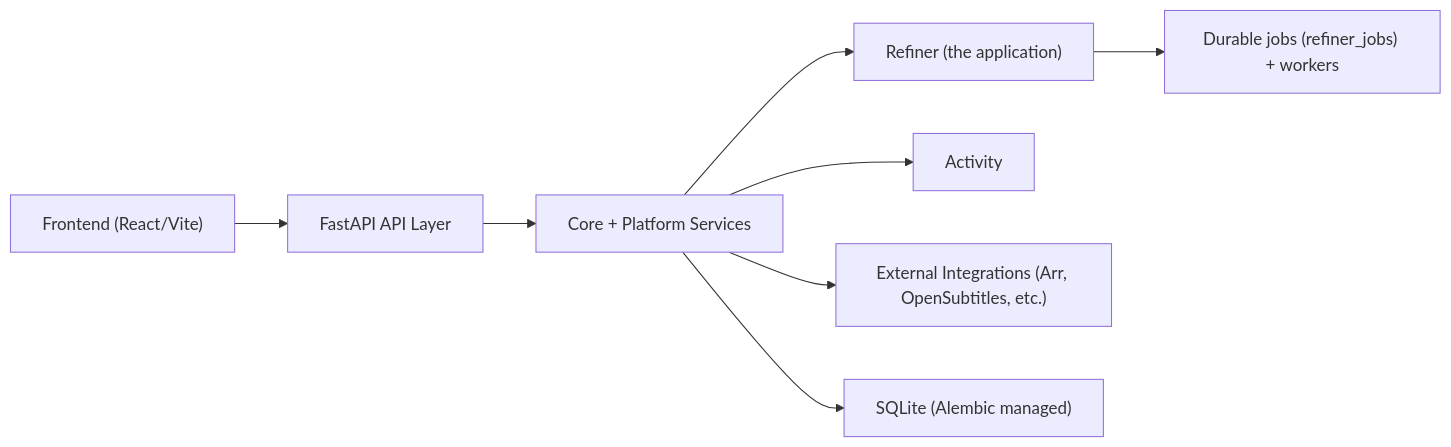
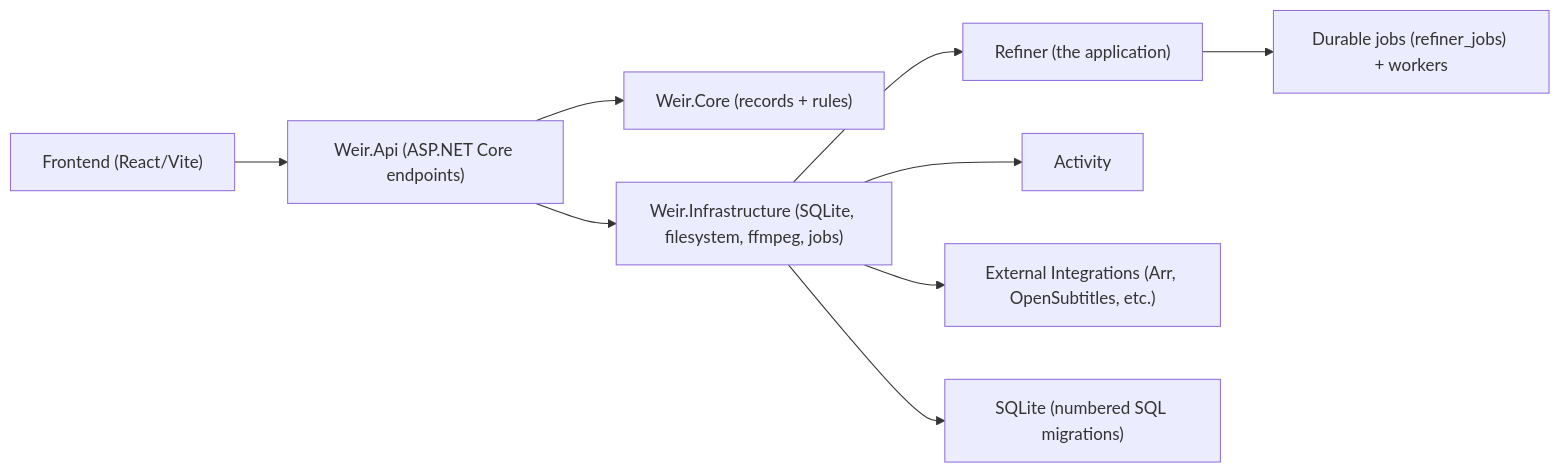
Before and after one commit to jampat000/MediaMop: the first of 2 diagrams in docs-site/docs/architecture/overview.md, drawn with Mermaid. The commit also changed other lines of this file and 604 other files, not shown here.

First line of the commit message:
chore!: switch Weir to the .NET server and delete the Python backend (#558)

````diff
--- a/docs-site/docs/architecture/overview.md
+++ b/docs-site/docs/architecture/overview.md
@@ -15,10 +15,11 @@
 ```mermaid
 flowchart LR
-  UI["Frontend (React/Vite)"] --> API["FastAPI API Layer"]
-  API --> Core["Core + Platform Services"]
-  Core --> Refiner["Refiner (the application)"]
-  Core --> Activity["Activity"]
-  Core --> Integrations["External Integrations (Arr, OpenSubtitles, etc.)"]
-  Core --> DB["SQLite (Alembic managed)"]
+  UI["Frontend (React/Vite)"] --> API["Weir.Api (ASP.NET Core endpoints)"]
+  API --> Core["Weir.Core (records + rules)"]
+  API --> Infra["Weir.Infrastructure (SQLite, filesystem, ffmpeg, jobs)"]
+  Infra --> Refiner["Refiner (the application)"]
+  Infra --> Activity["Activity"]
+  Infra --> Integrations["External Integrations (Arr, OpenSubtitles, etc.)"]
+  Infra --> DB["SQLite (numbered SQL migrations)"]
   Refiner --> Jobs["Durable jobs (refiner_jobs) + workers"]
 ```
````
